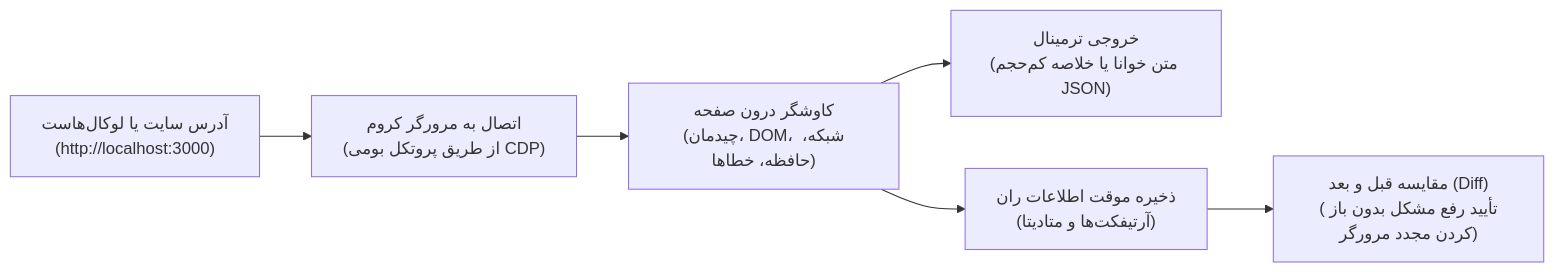
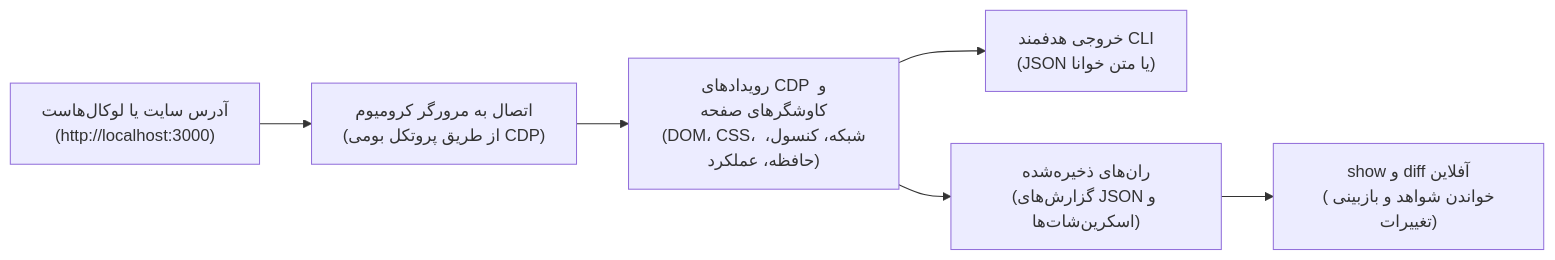
One commit to herehossein/AgentsEye changed the diagram in README.fa.md. Above: the diagram before and after it, drawn with Mermaid. The commit also changed other lines of this file and 3 other files, not shown here.

````diff
--- a/README.fa.md
+++ b/README.fa.md
@@ -77,8 +64,8 @@
 ```mermaid
 flowchart LR
-    A["آدرس سایت یا لوکال‌هاست<br/>(http://localhost:3000)"] --> B["اتصال به مرورگر کروم<br/>(از طریق پروتکل بومی CDP)"]
-    B --> C["کاوشگر درون صفحه<br/>(چیدمان، DOM، شبکه، حافظه، خطاها)"]
-    C --> D["خروجی ترمینال<br/>(متن خوانا یا خلاصه کم‌حجم JSON)"]
-    C --> E["ذخیره موقت اطلاعات ران<br/>(آرتیفکت‌ها و متادیتا)"]
-    E --> F["مقایسه قبل و بعد (Diff)<br/>(تأیید رفع مشکل بدون باز کردن مجدد مرورگر)"]
+    A["آدرس سایت یا لوکال‌هاست<br/>(http://localhost:3000)"] --> B["اتصال به مرورگر کرومیوم<br/>(از طریق پروتکل بومی CDP)"]
+    B --> C["رویدادهای CDP و کاوشگرهای صفحه<br/>(DOM، CSS، شبکه، کنسول، حافظه، عملکرد)"]
+    C --> D["خروجی هدفمند CLI<br/>(JSON یا متن خوانا)"]
+    C --> E["ران‌های ذخیره‌شده<br/>(گزارش‌های JSON و اسکرین‌شات‌ها)"]
+    E --> F["show و diff آفلاین<br/>(خواندن شواهد و بازبینی تغییرات)"]
 ```
````
